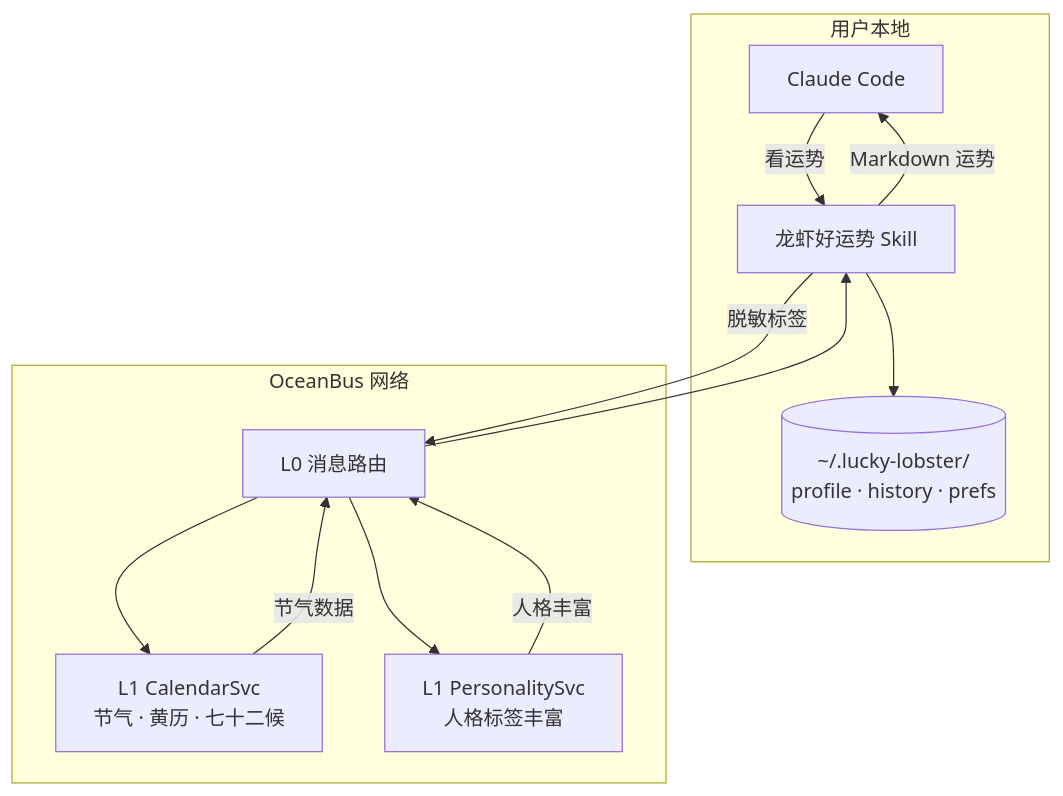
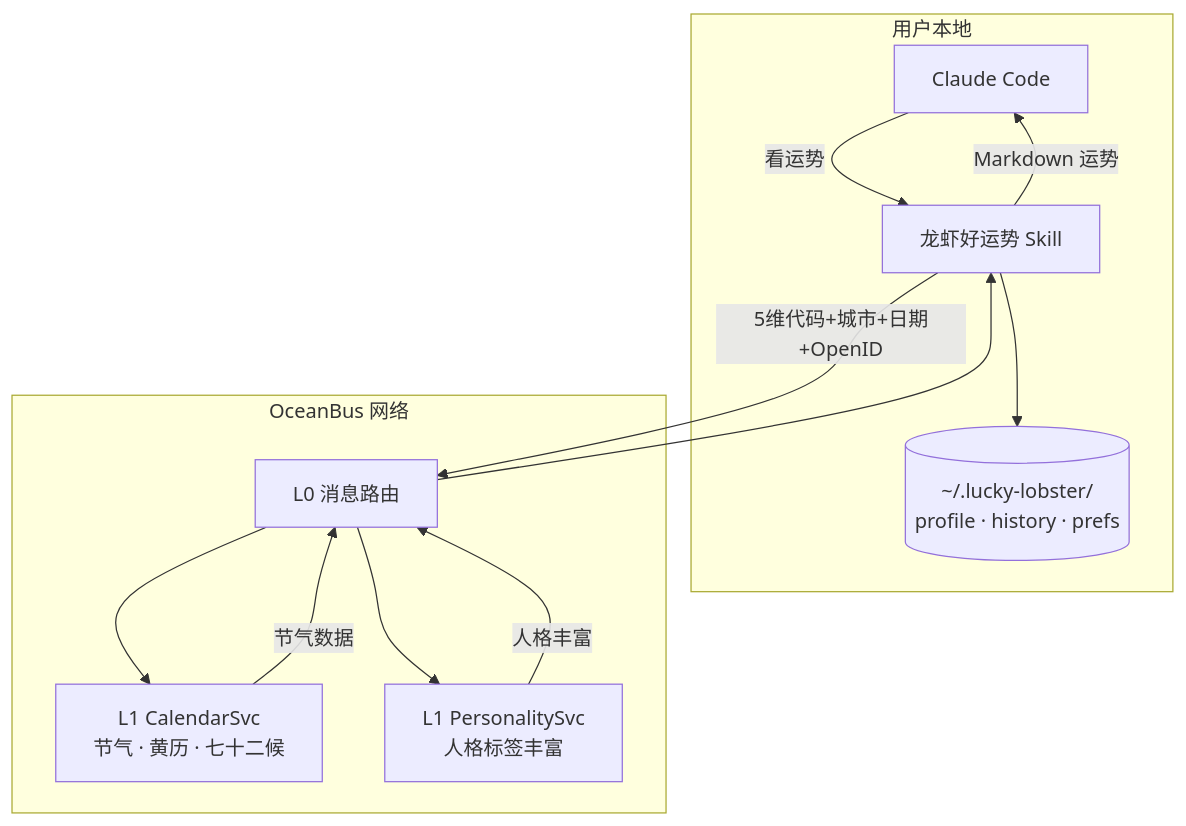
Before and after one commit to ryanbihai/lobster-haoyun: the diagram in README.md, drawn with Mermaid. The commit also changed other lines of this file and 5 other files, not shown here.

````diff
--- a/README.md
+++ b/README.md
@@ -77,22 +77,22 @@
 ```mermaid
 graph TB
     subgraph LOCAL["用户本地"]
         CC[Claude Code]
         SKILL[龙虾好运势 Skill]
         DATA[("~/.lucky-lobster/<br/>profile · history · prefs")]
     end
     subgraph OB["OceanBus 网络"]
         L0[L0 消息路由]
         L1_CAL[L1 CalendarSvc<br/>节气 · 黄历 · 七十二候]
         L1_PER[L1 PersonalitySvc<br/>人格标签丰富]
     end
     CC -->|"看运势"| SKILL
     SKILL --> DATA
-    SKILL -->|"脱敏标签"| L0
+    SKILL -->|"5维代码+城市+日期+OpenID"| L0
     L0 --> L1_CAL
     L0 --> L1_PER
     L1_CAL -->|"节气数据"| L0
     L1_PER -->|"人格丰富"| L0
     L0 --> SKILL
     SKILL -->|"Markdown 运势"| CC
 ```
````
